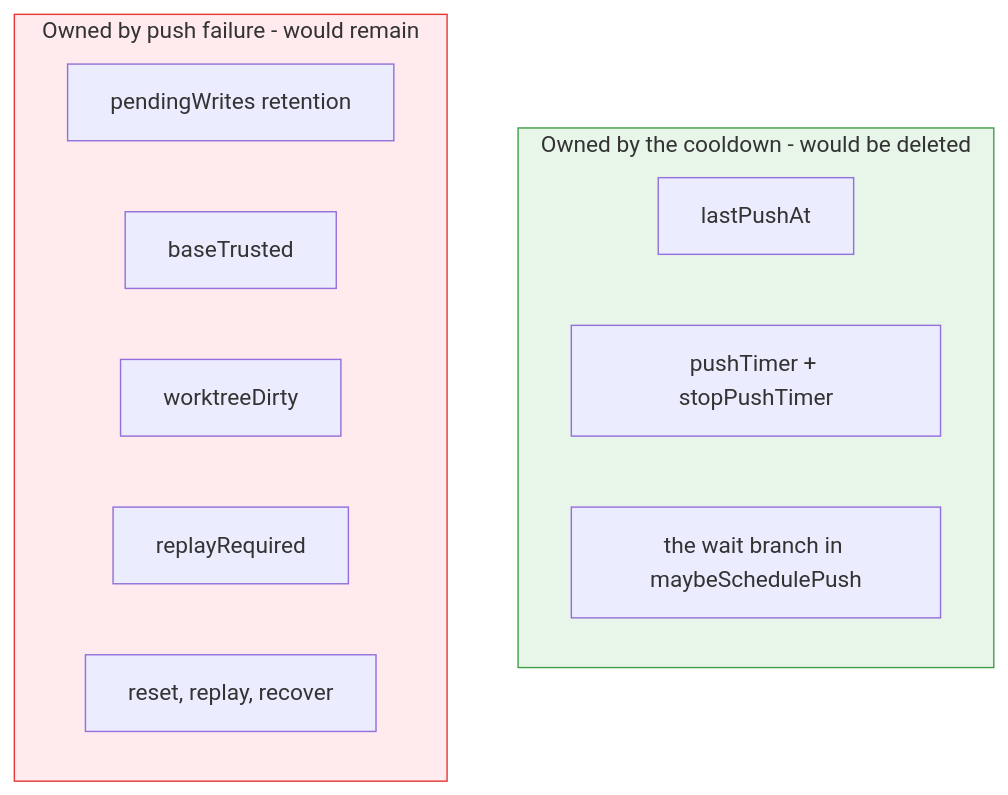
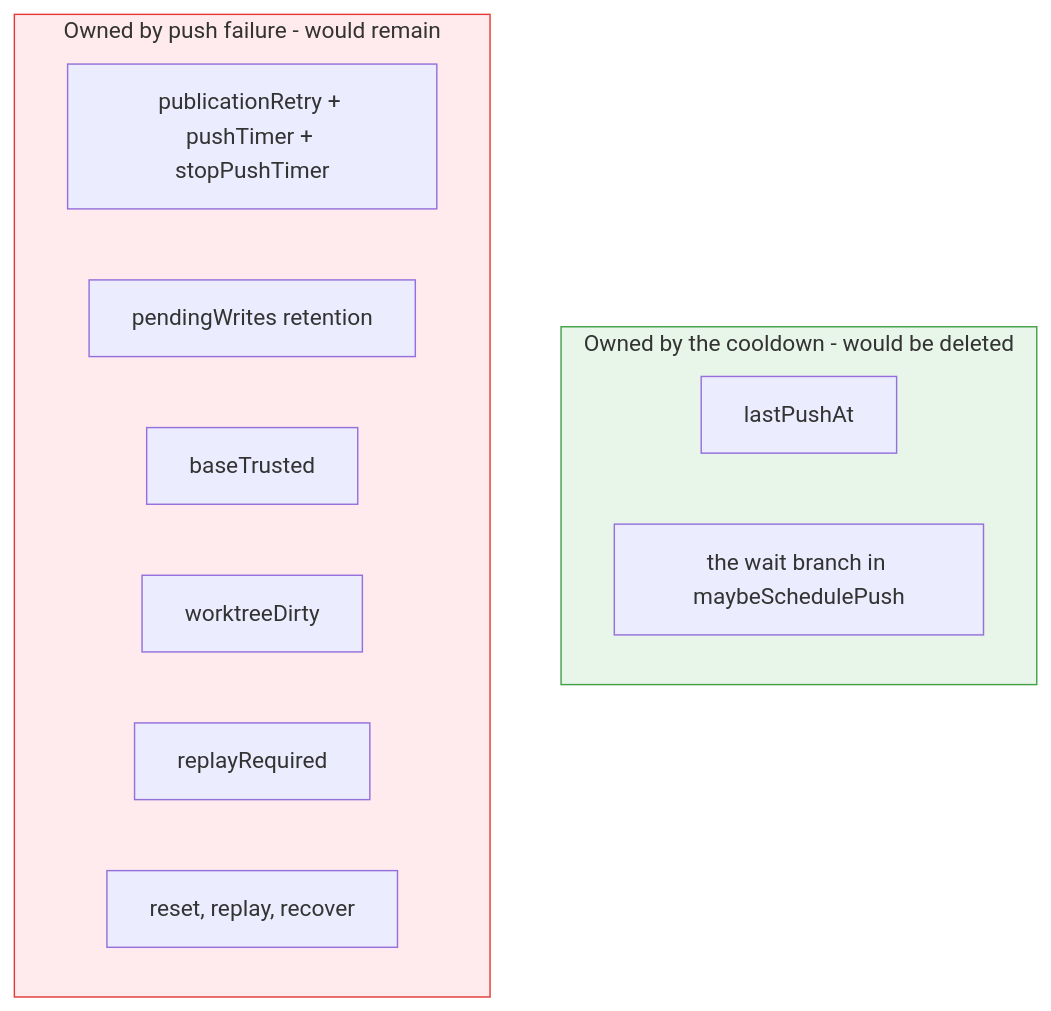
The third of 4 diagrams in docs/design/push-cooldown.md (ConfigButler/gitops-reverser), drawn with Mermaid before and after one commit. The commit also changed other lines of this file and 17 other files, not shown here.

First line of the commit message:
fix(git): retry a failed publication on its own schedule, and close the 0.51 docs gaps (#412)

````diff
--- a/docs/design/push-cooldown.md
+++ b/docs/design/push-cooldown.md
@@ -151,19 +158,19 @@
 ```mermaid
 flowchart TD
     subgraph COOLDOWN["Owned by the cooldown - would be deleted"]
         LPA["lastPushAt"]
-        PT["pushTimer + stopPushTimer"]
         MSP["the wait branch in maybeSchedulePush"]
     end
 
     subgraph FAILURE["Owned by push failure - would remain"]
+        PT["publicationRetry + pushTimer + stopPushTimer"]
         PW["pendingWrites retention"]
         BT["baseTrusted"]
         WD["worktreeDirty"]
         RR["replayRequired"]
         RE["reset, replay, recover"]
     end
 
     style COOLDOWN fill:#e8f5e9,stroke:#43a047
     style FAILURE fill:#ffebee,stroke:#e53935
 ```
````
